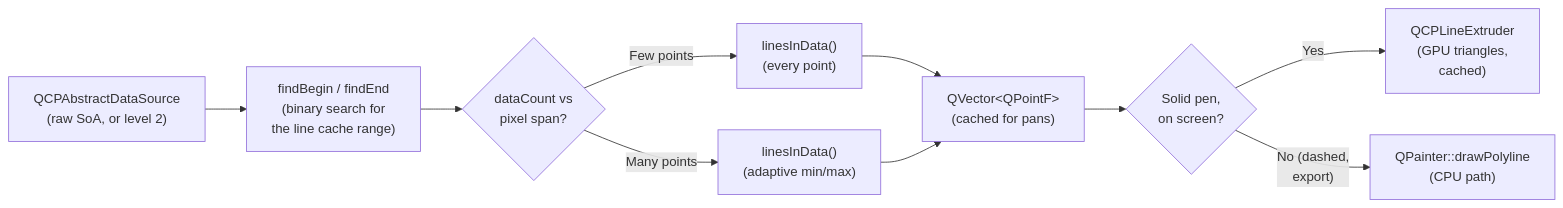
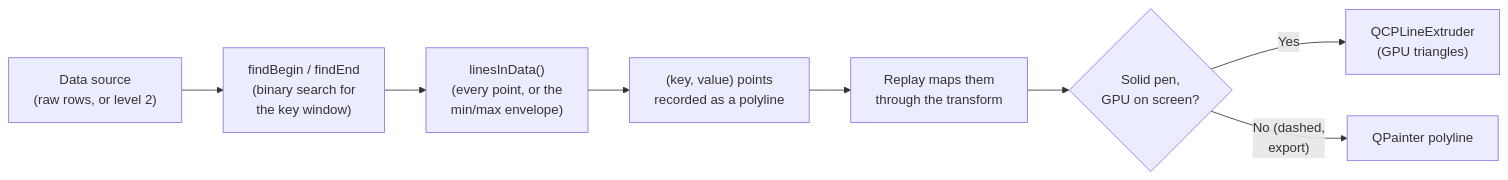
Before and after one commit to SciQLop/NeoQCP: the third of 3 diagrams in docs/architecture/adaptive-sampling.md, drawn with Mermaid. The commit also changed other lines of this file and 1 other file, not shown here.

First line of the commit message:
docs(architecture): adaptive sampling and gaps walk through linesInData

````diff
--- a/docs/architecture/adaptive-sampling.md
+++ b/docs/architecture/adaptive-sampling.md
@@ -138,12 +115,10 @@
 ```mermaid
 flowchart LR
-    A["QCPAbstractDataSource<br/>(raw SoA, or level 2)"] --> B["findBegin / findEnd<br/>(binary search for<br/>the line cache range)"]
-    B --> C{"dataCount vs<br/>pixel span?"}
-    C -->|"Few points"| D["linesInData()<br/>(every point)"]
-    C -->|"Many points"| E["linesInData()<br/>(adaptive min/max)"]
-    D --> F["QVector&lt;QPointF&gt;<br/>(cached for pans)"]
-    E --> F
-    F --> G{"Solid pen,<br/>on screen?"}
-    G -->|Yes| H["QCPLineExtruder<br/>(GPU triangles,<br/>cached)"]
-    G -->|"No (dashed,<br/>export)"| I["QPainter::drawPolyline<br/>(CPU path)"]
+    A["Data source<br/>(raw rows, or level 2)"] --> B["findBegin / findEnd<br/>(binary search for<br/>the key window)"]
+    B --> C["linesInData()<br/>(every point, or the<br/>min/max envelope)"]
+    C --> D["(key, value) points<br/>recorded as a polyline"]
+    D --> E["Replay maps them<br/>through the transform"]
+    E --> F{"Solid pen,<br/>GPU on screen?"}
+    F -->|Yes| G["QCPLineExtruder<br/>(GPU triangles)"]
+    F -->|"No (dashed,<br/>export)"| H["QPainter polyline"]
 ```
````
